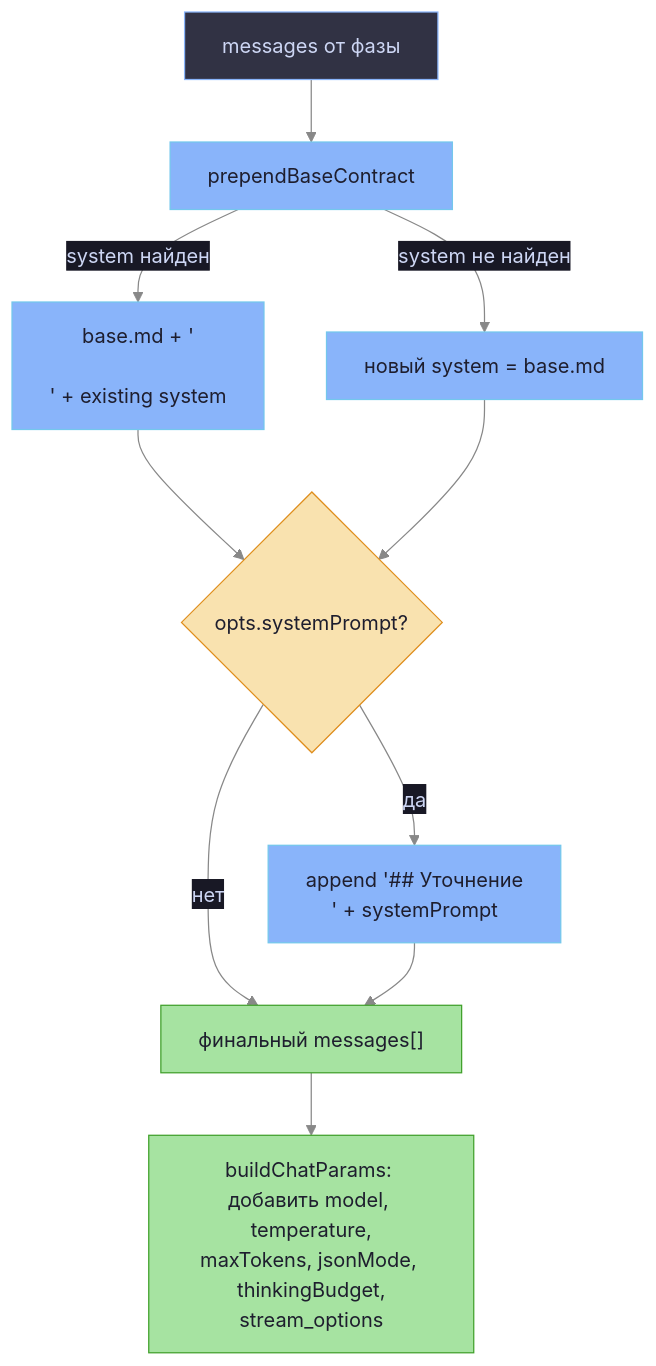
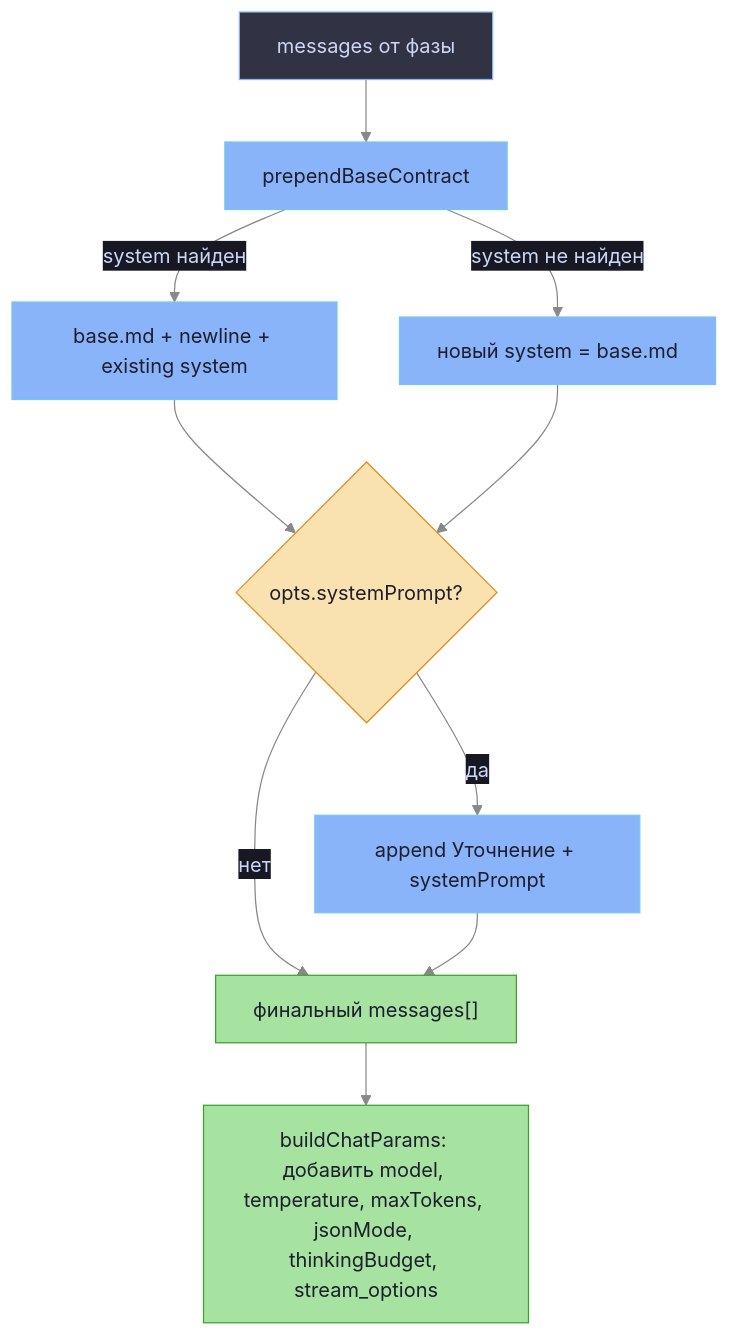
Before and after one commit to ikeniborn/obsidian-ai-wiki: the fourth of 5 diagrams in docs/prompt-architecture.md, drawn with Mermaid. The commit also changed other lines of this file, not shown here.

Commit message:
docs: update prompt-architecture — query naming, diagram clarifications, lint-chat

````diff
--- a/docs/prompt-architecture.md
+++ b/docs/prompt-architecture.md
@@ -170,27 +170,27 @@
 ```mermaid
 %%{init: {'theme': 'base', 'themeVariables': {'background': '#1e1e2e', 'primaryColor': '#313244', 'primaryTextColor': '#cdd6f4', 'primaryBorderColor': '#89b4fa', 'lineColor': '#888888', 'secondaryColor': '#181825', 'tertiaryColor': '#45475a'}}}%%
 flowchart TD
     MSGS["messages от фазы"]
 
     MSGS --> PBC["prependBaseContract"]
-    PBC -->|"system найден"| PREPEND["base.md + '\n\n' + existing system"]
+    PBC -->|"system найден"| PREPEND["base.md + newline + existing system"]
     PBC -->|"system не найден"| INSERT["новый system = base.md"]
 
     PREPEND --> ISP
     INSERT --> ISP
 
     ISP{"opts.systemPrompt?"}
-    ISP -->|да| INJECT["append '## Уточнение\n' + systemPrompt"]
+    ISP -->|да| INJECT["append Уточнение + systemPrompt"]
     ISP -->|нет| FINAL
 
     INJECT --> FINAL["финальный messages[]"]
 
-    FINAL --> PARAMS["buildChatParams: добавить model, temperature,\nmaxTokens, jsonMode, thinkingBudget,\nstream_options"]
+    FINAL --> PARAMS["buildChatParams: добавить model, temperature, maxTokens, jsonMode, thinkingBudget, stream_options"]
 
     classDef step fill:#89b4fa,color:#1e1e2e,stroke:#74c7ec
     classDef dec  fill:#f9e2af,color:#1e1e2e,stroke:#df8e1d
     classDef out  fill:#a6e3a1,color:#1e1e2e,stroke:#40a02b
     class PBC,PREPEND,INSERT,INJECT step
     class ISP dec
     class FINAL,PARAMS out
 ```
````
